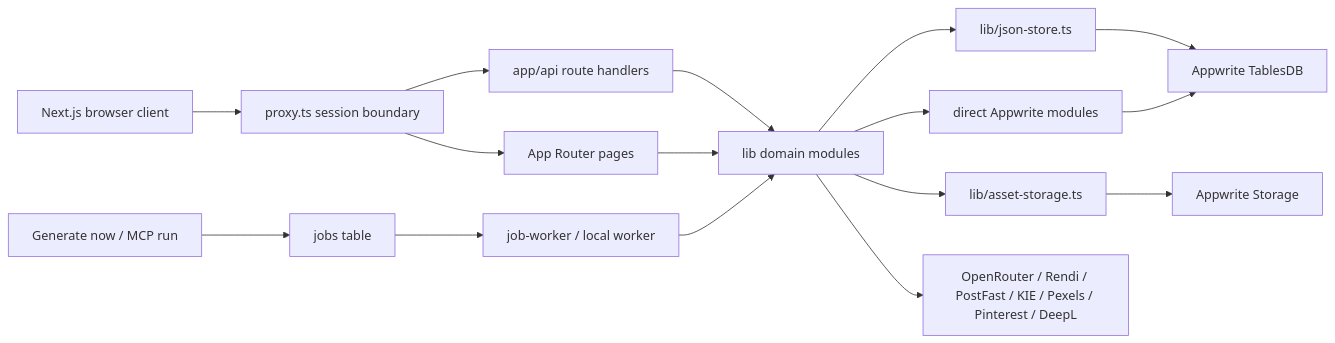
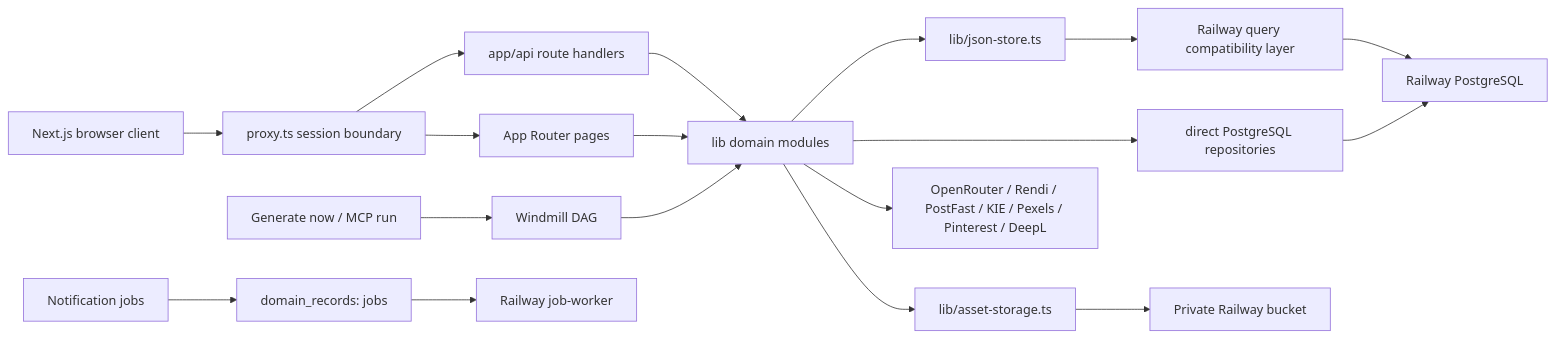
One commit to xk1234/cfarm changed the first of 2 diagrams in docs/data/backend-architecture.md. Above: the diagram before and after it, drawn with Mermaid. The commit also changed other lines of this file and 49 other files, not shown here.

````diff
--- a/docs/data/backend-architecture.md
+++ b/docs/data/backend-architecture.md
@@ -16,21 +17,23 @@
 ```mermaid
 flowchart LR
     Browser["Next.js browser client"] --> Proxy["proxy.ts session boundary"]
     Proxy --> Pages["App Router pages"]
     Proxy --> Routes["app/api route handlers"]
 
     Routes --> Domain["lib domain modules"]
     Pages --> Domain
-    ManualRun["Generate now / MCP run"] --> Jobs["jobs table"]
-    Jobs --> Worker["job-worker / local worker"]
-    Worker --> Domain
+    ManualRun["Generate now / MCP run"] --> Windmill["Windmill DAG"]
+    Windmill --> Domain
+    Notifications["Notification jobs"] --> Jobs["domain_records: jobs"]
+    Jobs --> Worker["Railway job-worker"]
 
     Domain --> JsonStore["lib/json-store.ts"]
-    Domain --> DirectStores["direct Appwrite modules"]
-    JsonStore --> Tables["Appwrite TablesDB"]
+    Domain --> DirectStores["direct PostgreSQL repositories"]
+    JsonStore --> Compat["Railway query compatibility layer"]
+    Compat --> Tables["Railway PostgreSQL"]
     DirectStores --> Tables
     Domain --> Assets["lib/asset-storage.ts"]
-    Assets --> Storage["Appwrite Storage"]
+    Assets --> Storage["Private Railway bucket"]
 
     Domain --> Providers["OpenRouter / Rendi / PostFast / KIE / Pexels / Pinterest / DeepL"]
 ```
````
